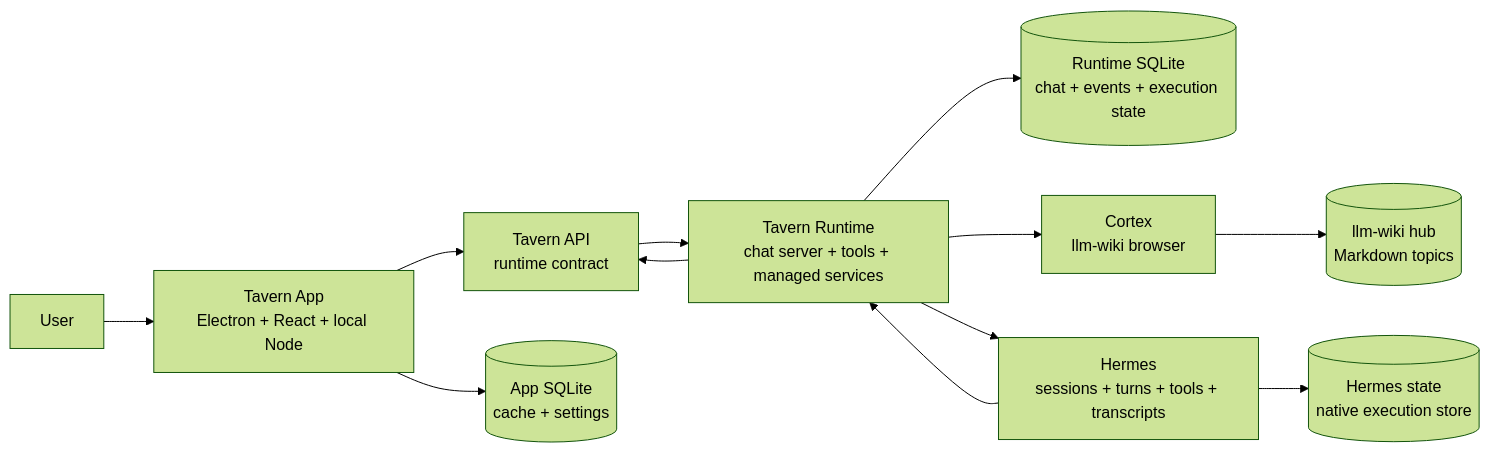
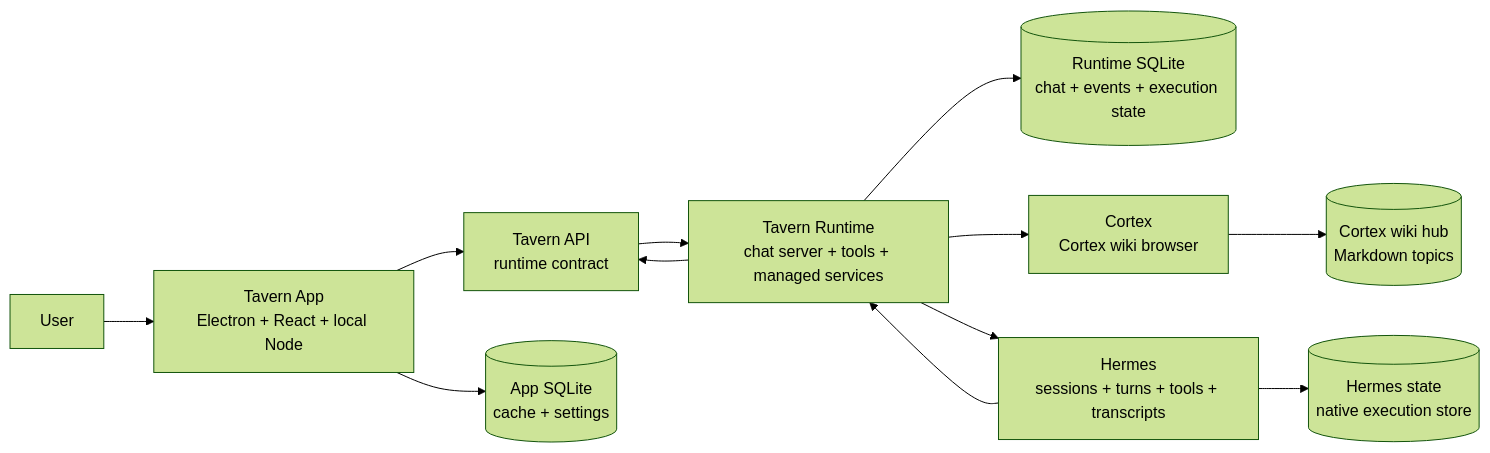
Before and after one commit to zknicker/tavern: the diagram in docs/internals/architecture-overview.md, drawn with Mermaid (forest theme). The commit also changed other lines of this file and 39 other files, not shown here.

Commit message:
refactor: own Cortex wiki naming

````diff
--- a/docs/internals/architecture-overview.md
+++ b/docs/internals/architecture-overview.md
@@ -15,25 +15,25 @@
 ```mermaid
 flowchart LR
     user[User]
     app[Tavern App<br/>Electron + React + local Node]
     api[Tavern API<br/>runtime contract]
     appdb[(App SQLite<br/>cache + settings)]
     runtime[Tavern Runtime<br/>chat server + tools + managed services]
     runtimedb[(Runtime SQLite<br/>chat + events + execution state)]
-    cortex[Cortex<br/>llm-wiki browser]
-    cortexwiki[(llm-wiki hub<br/>Markdown topics)]
+    cortex[Cortex<br/>Cortex wiki browser]
+    cortexwiki[(Cortex wiki hub<br/>Markdown topics)]
     hermes[Hermes<br/>sessions + turns + tools + transcripts]
     hermesstate[(Hermes state<br/>native execution store)]
 
     user --> app
     app --> api
     api --> runtime
     app --> appdb
     runtime --> runtimedb
     runtime --> cortex
     cortex --> cortexwiki
     runtime --> hermes
     hermes --> hermesstate
     hermes --> runtime
     runtime --> api
 ```
````
